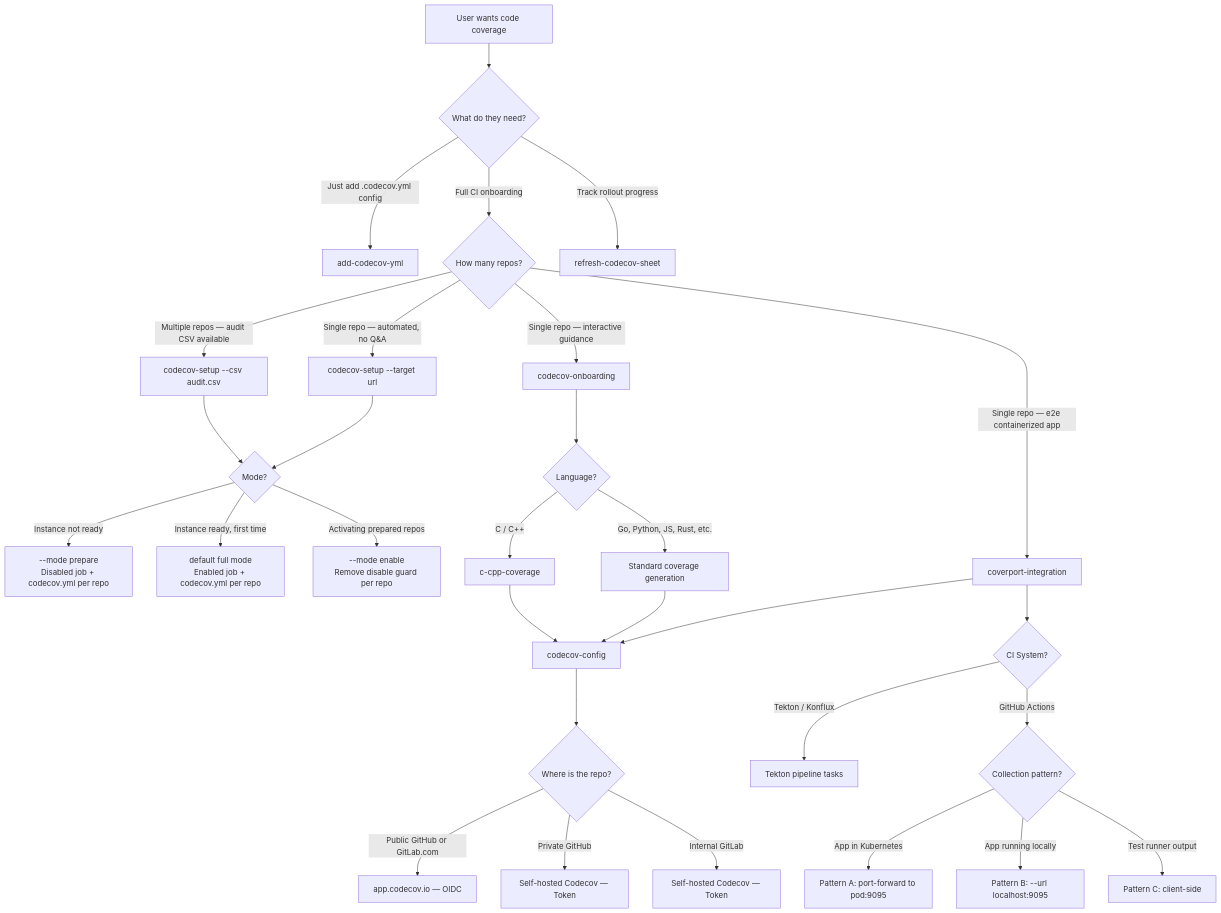
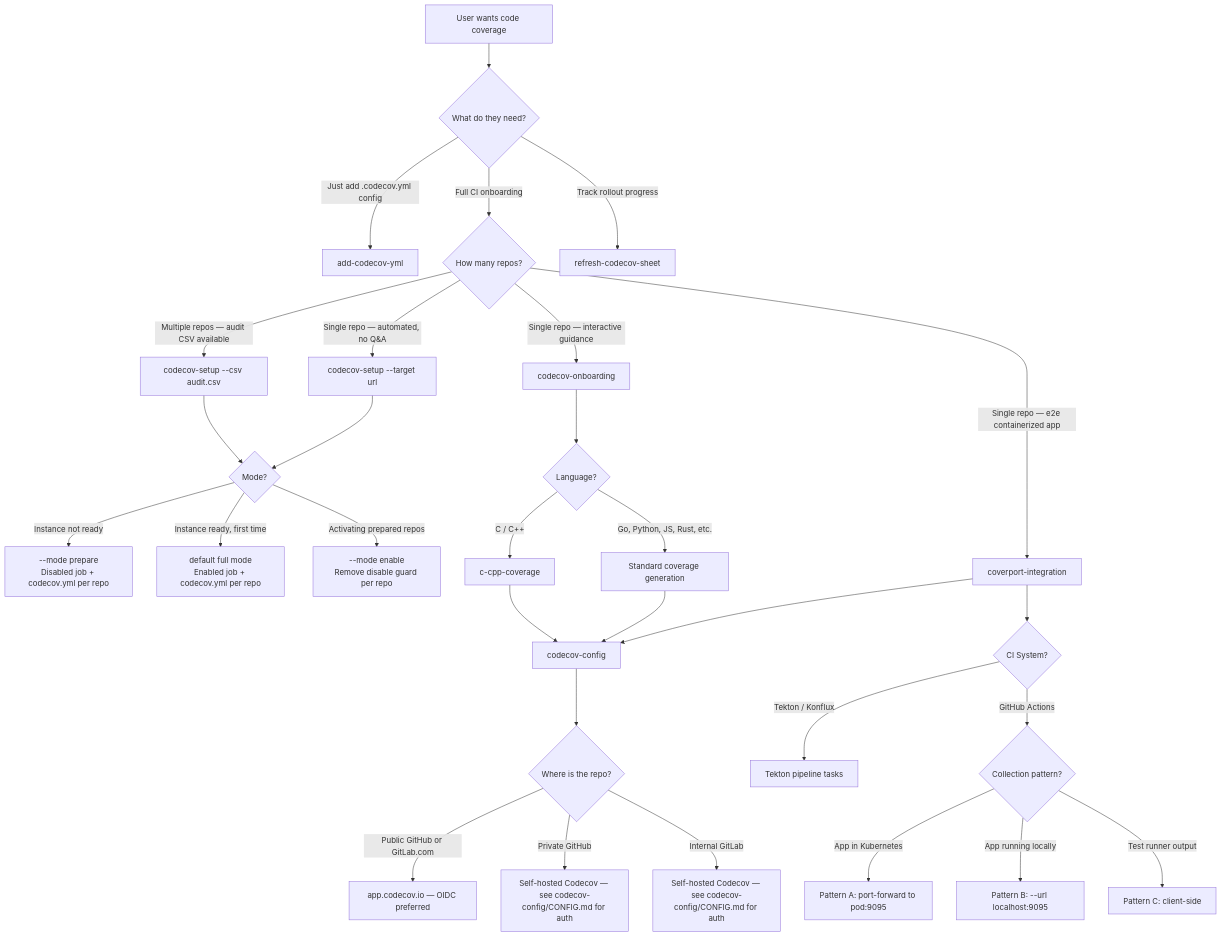
Before and after one commit to konflux-ci/coverport: the diagram in .claude/skills/DECISION_TREE.md, drawn with Mermaid. The commit also changed 1 other file, not shown here.

Commit message:
fix: remove token auth prescription, defer to codecov-config/CONFIG.md for auth guidance

````diff
--- a/.claude/skills/DECISION_TREE.md
+++ b/.claude/skills/DECISION_TREE.md
@@ -3,41 +3,41 @@
 ```mermaid
 graph TD
     A[User wants code coverage] --> AA{What do they need?}
 
     AA -->|Just add .codecov.yml config| AB[add-codecov-yml]
     AA -->|Full CI onboarding| B{How many repos?}
     AA -->|Track rollout progress| AC[refresh-codecov-sheet]
 
     B -->|Multiple repos — audit CSV available| C[codecov-setup --csv audit.csv]
     B -->|Single repo — automated, no Q&A| D[codecov-setup --target url]
     B -->|Single repo — interactive guidance| E[codecov-onboarding]
     B -->|Single repo — e2e containerized app| F[coverport-integration]
 
     C --> G{Mode?}
     G -->|Instance not ready| H[--mode prepare\nDisabled job + codecov.yml per repo]
     G -->|Instance ready, first time| I[default full mode\nEnabled job + codecov.yml per repo]
     G -->|Activating prepared repos| J[--mode enable\nRemove disable guard per repo]
 
     D --> G
 
     E --> K{Language?}
     K -->|C / C++| L[c-cpp-coverage]
     K -->|Go, Python, JS, Rust, etc.| M[Standard coverage generation]
 
     L --> N[codecov-config]
     M --> N
     F --> N
 
     F --> O{CI System?}
     O -->|Tekton / Konflux| P[Tekton pipeline tasks]
     O -->|GitHub Actions| Q{Collection pattern?}
 
     Q -->|App in Kubernetes| R[Pattern A: port-forward to pod:9095]
     Q -->|App running locally| S[Pattern B: --url localhost:9095]
     Q -->|Test runner output| T[Pattern C: client-side]
 
     N --> U{Where is the repo?}
-    U -->|Public GitHub or GitLab.com| V[app.codecov.io — OIDC]
-    U -->|Private GitHub| W[Self-hosted Codecov — Token]
-    U -->|Internal GitLab| X[Self-hosted Codecov — Token]
+    U -->|Public GitHub or GitLab.com| V[app.codecov.io — OIDC preferred]
+    U -->|Private GitHub| W[Self-hosted Codecov — see codecov-config/CONFIG.md for auth]
+    U -->|Internal GitLab| X[Self-hosted Codecov — see codecov-config/CONFIG.md for auth]
 ```
````
